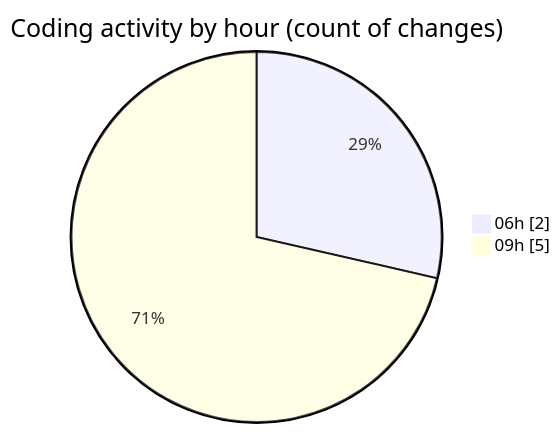
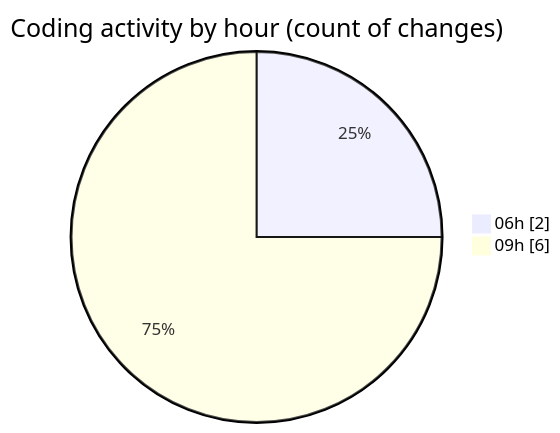
The second of 2 diagrams in 2026-02-24/workbench__workspace_/README.md (jadenblack/code-tracking), drawn with Mermaid before and after one commit. The commit also changed other lines of this file and 1 other file, not shown here.

````diff
--- a/2026-02-24/workbench__workspace_/README.md
+++ b/2026-02-24/workbench__workspace_/README.md
@@ -30,6 +30,6 @@
 ```mermaid
 pie showData
 title Coding activity by hour (count of changes)
 "06h" : 2
-"09h" : 5
+"09h" : 6
 ```
````
